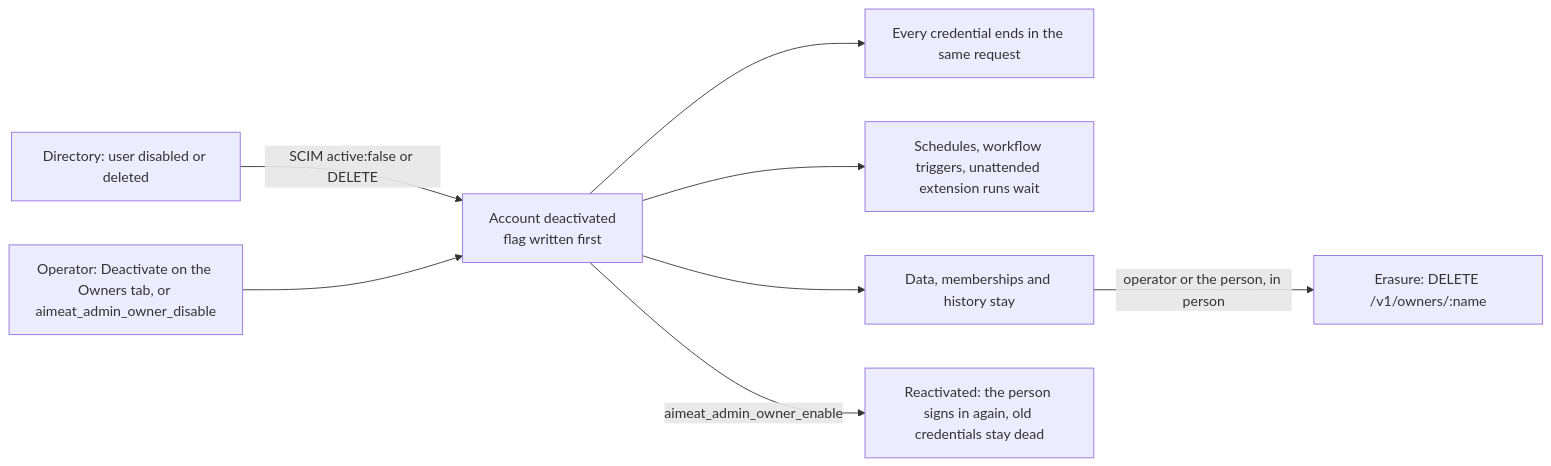
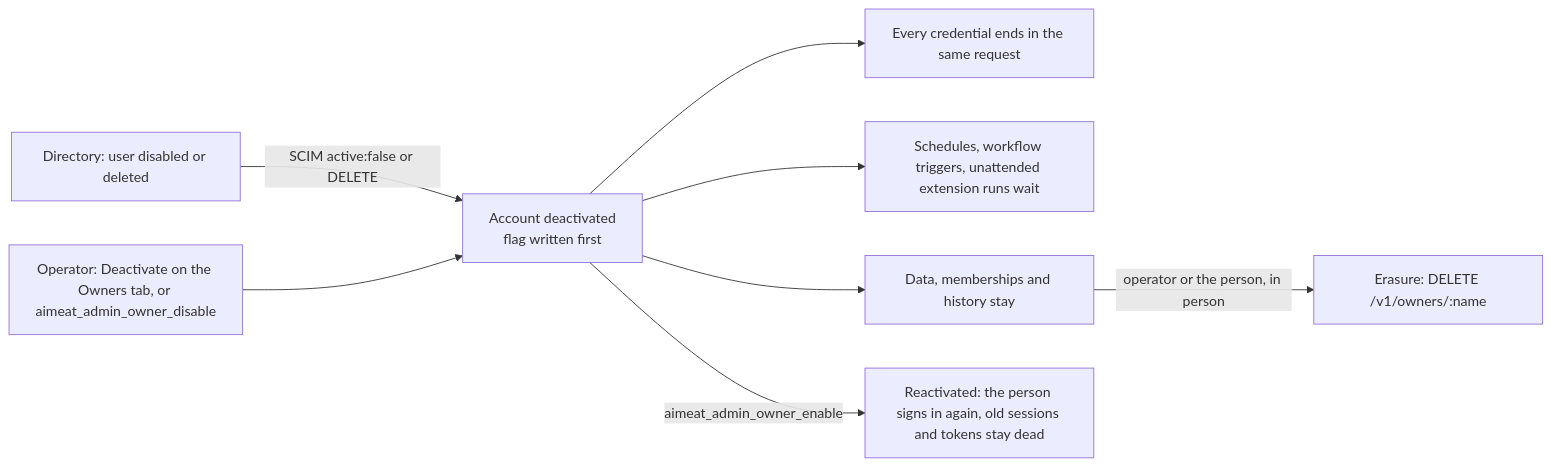
One commit to miikkij/aimeat-protocol changed the first of 2 diagrams in docs/it-adoption/04-identity-access.md. Above: the diagram before and after it, drawn with Mermaid. The commit also changed other lines of this file and 28 other files, not shown here.

````diff
--- a/docs/it-adoption/04-identity-access.md
+++ b/docs/it-adoption/04-identity-access.md
@@ -91,10 +91,10 @@
 ```mermaid
 flowchart LR
   idp["Directory: user disabled or deleted"] -->|SCIM active:false or DELETE| deact
   op["Operator: Deactivate on the Owners tab, or aimeat_admin_owner_disable"] --> deact
   deact["Account deactivated<br/>flag written first"] --> creds["Every credential ends in the same request"]
   deact --> bg["Schedules, workflow triggers, unattended extension runs wait"]
   deact --> data["Data, memberships and history stay"]
   data -->|operator or the person, in person| erase["Erasure: DELETE /v1/owners/:name"]
-  deact -->|aimeat_admin_owner_enable| react["Reactivated: the person signs in again, old credentials stay dead"]
+  deact -->|aimeat_admin_owner_enable| react["Reactivated: the person signs in again, old sessions and tokens stay dead"]
 ```
````
